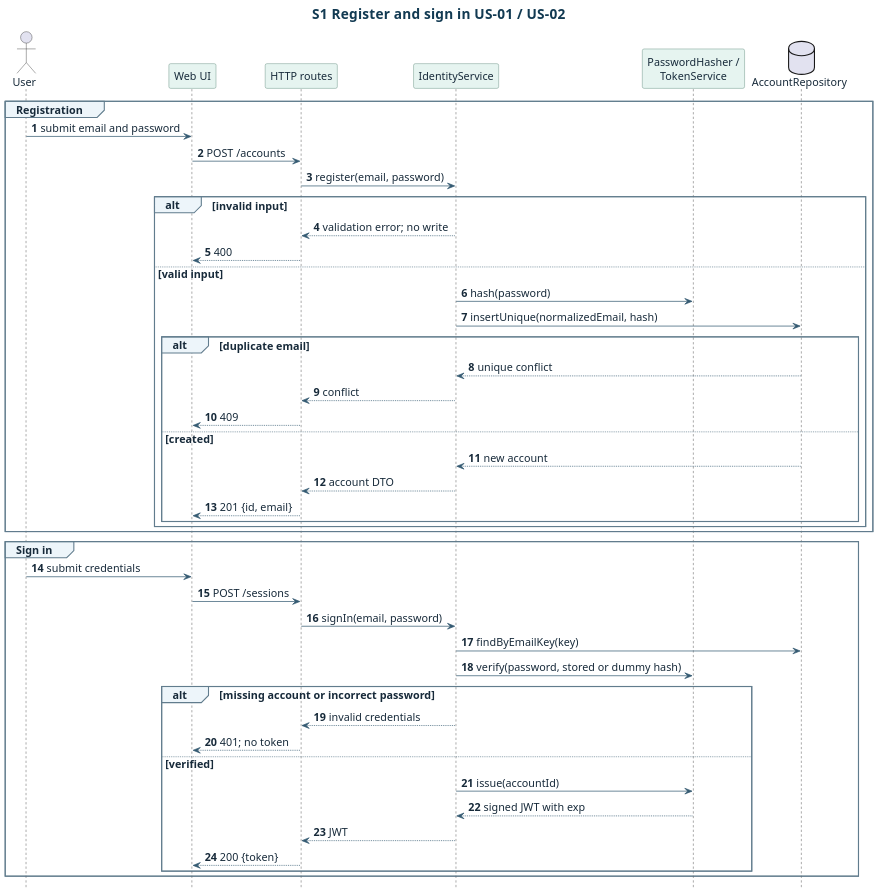
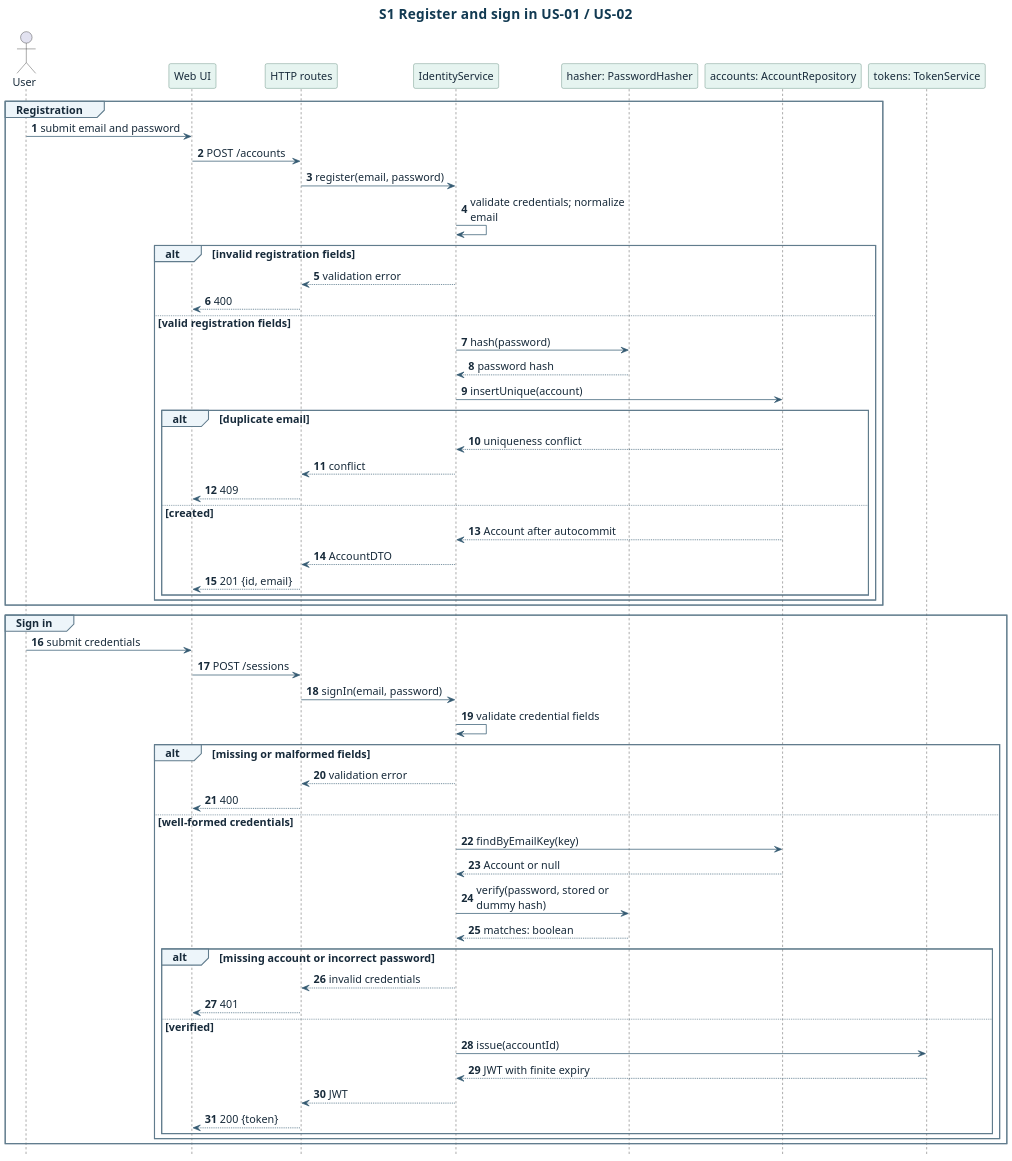
The diagram in docs/design/sequence/accounts.puml (SarpCizer/CMPE331-Project), drawn with PlantUML before and after one commit. The commit also changed 15 other files, not shown here.

Commit message:
docs: validate requests in services and reply after commit

```diff
--- a/docs/design/sequence/accounts.puml
+++ b/docs/design/sequence/accounts.puml
@@ -1,66 +1,79 @@
 @startuml
 title S1  Register and sign in  US-01 / US-02
 skinparam backgroundColor #FFFFFF
 skinparam defaultFontName Arial
 skinparam defaultFontColor #172A3A
 skinparam defaultFontSize 15
 skinparam ArrowColor #345A72
 skinparam Shadowing false
 skinparam dpi 150
 skinparam TitleFontColor #123A52
 skinparam TitleFontSize 19
 skinparam ClassBackgroundColor #EDF5FA
 skinparam ClassBorderColor #456F89
 skinparam ComponentBackgroundColor #EDF5FA
 skinparam ComponentBorderColor #456F89
 skinparam PackageBorderColor #456F89
 skinparam ParticipantBackgroundColor #E6F4F0
 skinparam ParticipantBorderColor #417364
 skinparam SequenceGroupBackgroundColor #EDF5FA
 skinparam SequenceGroupBorderColor #617C8D
 hide footbox
 autonumber
+skinparam maxMessageSize 220
 actor User
 participant "Web UI" as UI
 participant "HTTP routes" as API
+
 participant IdentityService as Identity
-participant "PasswordHasher /\nTokenService" as Security
-database "AccountRepository" as Accounts
+participant "hasher: PasswordHasher" as Hasher
+participant "accounts: AccountRepository" as Accounts
+participant "tokens: TokenService" as Tokens
 group Registration
   User -> UI : submit email and password
   UI -> API : POST /accounts
   API -> Identity : register(email, password)
-  alt invalid input
-    Identity --> API : validation error; no write
+  Identity -> Identity : validate credentials; normalize email
+  alt invalid registration fields
+    Identity --> API : validation error
     API --> UI : 400
-  else valid input
-    Identity -> Security : hash(password)
-    Identity -> Accounts : insertUnique(normalizedEmail, hash)
+  else valid registration fields
+    Identity -> Hasher : hash(password)
+    Hasher --> Identity : password hash
+    Identity -> Accounts : insertUnique(account)
     alt duplicate email
-      Accounts --> Identity : unique conflict
+      Accounts --> Identity : uniqueness conflict
       Identity --> API : conflict
       API --> UI : 409
     else created
-      Accounts --> Identity : new account
-      Identity --> API : account DTO
+      Accounts --> Identity : Account after autocommit
+      Identity --> API : AccountDTO
       API --> UI : 201 {id, email}
     end
   end
 end
 group Sign in
   User -> UI : submit credentials
   UI -> API : POST /sessions
   API -> Identity : signIn(email, password)
-  Identity -> Accounts : findByEmailKey(key)
-  Identity -> Security : verify(password, stored or dummy hash)
-  alt missing account or incorrect password
-    Identity --> API : invalid credentials
-    API --> UI : 401; no token
-  else verified
-    Identity -> Security : issue(accountId)
-    Security --> Identity : signed JWT with exp
-    Identity --> API : JWT
-    API --> UI : 200 {token}
+  Identity -> Identity : validate credential fields
+  alt missing or malformed fields
+    Identity --> API : validation error
+    API --> UI : 400
+  else well-formed credentials
+    Identity -> Accounts : findByEmailKey(key)
+    Accounts --> Identity : Account or null
+    Identity -> Hasher : verify(password, stored or dummy hash)
+    Hasher --> Identity : matches: boolean
+    alt missing account or incorrect password
+      Identity --> API : invalid credentials
+      API --> UI : 401
+    else verified
+      Identity -> Tokens : issue(accountId)
+      Tokens --> Identity : JWT with finite expiry
+      Identity --> API : JWT
+      API --> UI : 200 {token}
+    end
   end
 end
 @enduml
```
